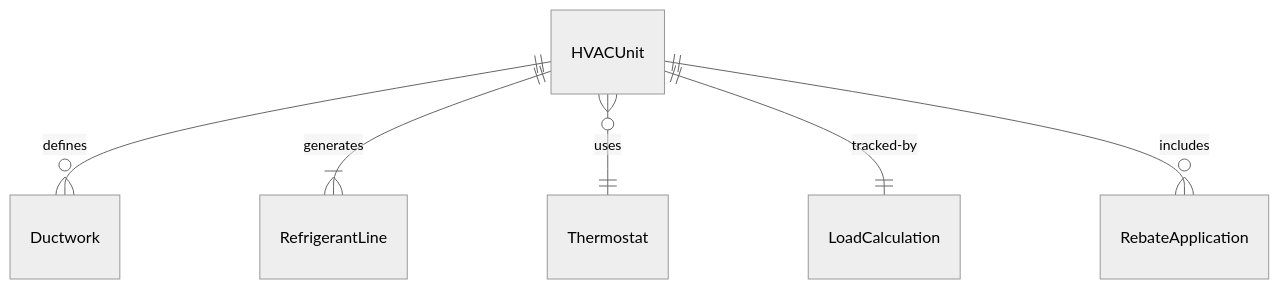
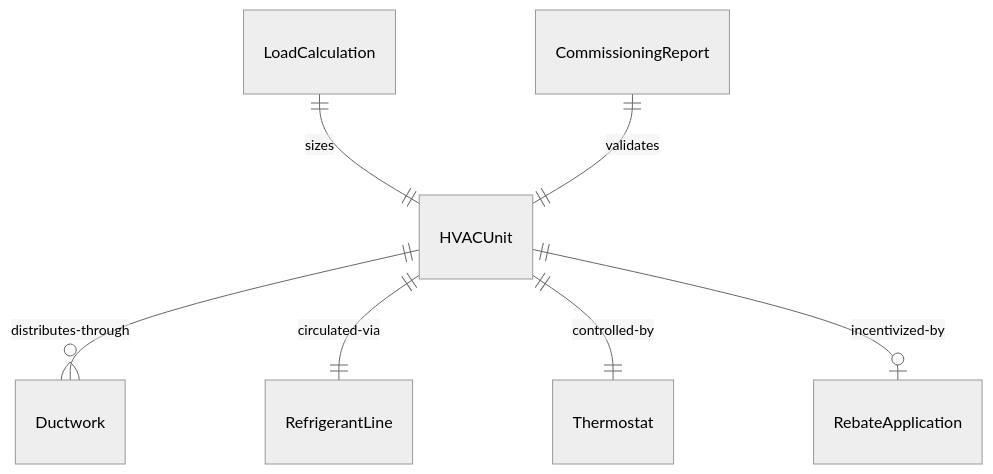
Before and after one commit to dot-org-ai/tasks.org.ai: the first of 4 diagrams in HandlingAndMovingObjects/InstallEnergyOrHeatingEquipment/InstallEnergy-efficientHeatingVentilationAir.mdx, drawn with Mermaid (neutral theme). The commit also changed other lines of this file and 515 other files, not shown here.

````diff
--- a/HandlingAndMovingObjects/InstallEnergyOrHeatingEquipment/InstallEnergy-efficientHeatingVentilationAir.mdx
+++ b/HandlingAndMovingObjects/InstallEnergyOrHeatingEquipment/InstallEnergy-efficientHeatingVentilationAir.mdx
@@ -90,8 +90,9 @@
 ```mermaid
 erDiagram
-    HVACUnit ||--o{ Ductwork : "defines"
-    HVACUnit ||--|{ RefrigerantLine : "generates"
-    HVACUnit }o--|| Thermostat : "uses"
-    HVACUnit ||--|| LoadCalculation : "tracked-by"
-    HVACUnit ||--o{ RebateApplication : "includes"
+    LoadCalculation ||--|| HVACUnit : "sizes"
+    HVACUnit ||--o{ Ductwork : "distributes-through"
+    HVACUnit ||--|| RefrigerantLine : "circulated-via"
+    HVACUnit ||--|| Thermostat : "controlled-by"
+    HVACUnit ||--o| RebateApplication : "incentivized-by"
+    CommissioningReport ||--|| HVACUnit : "validates"
 ```
````
